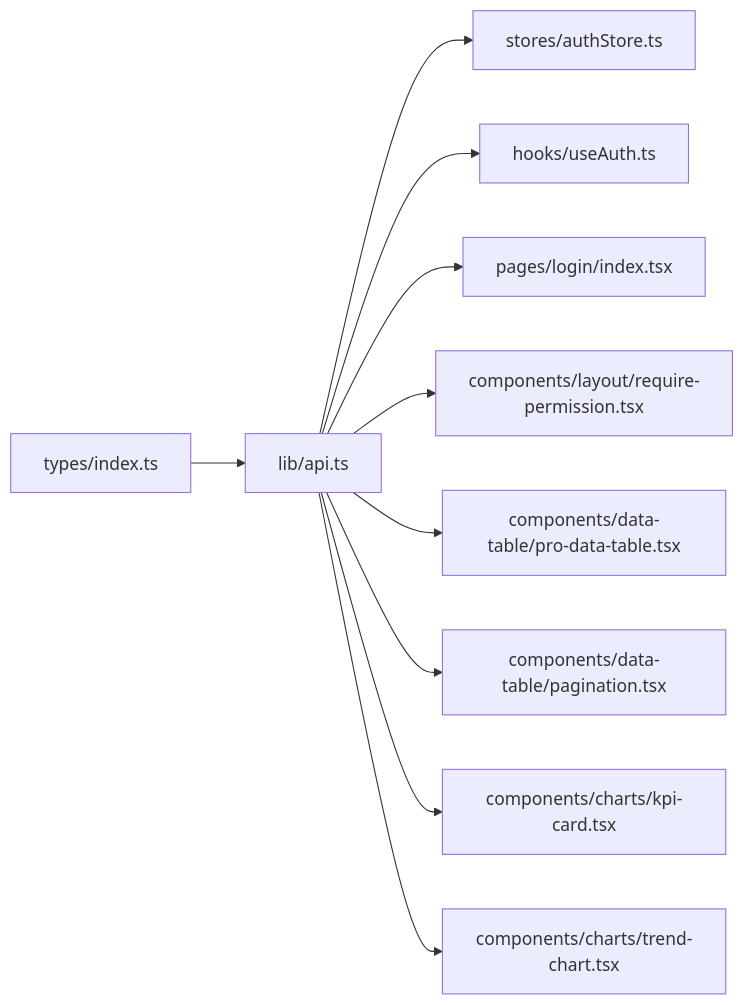
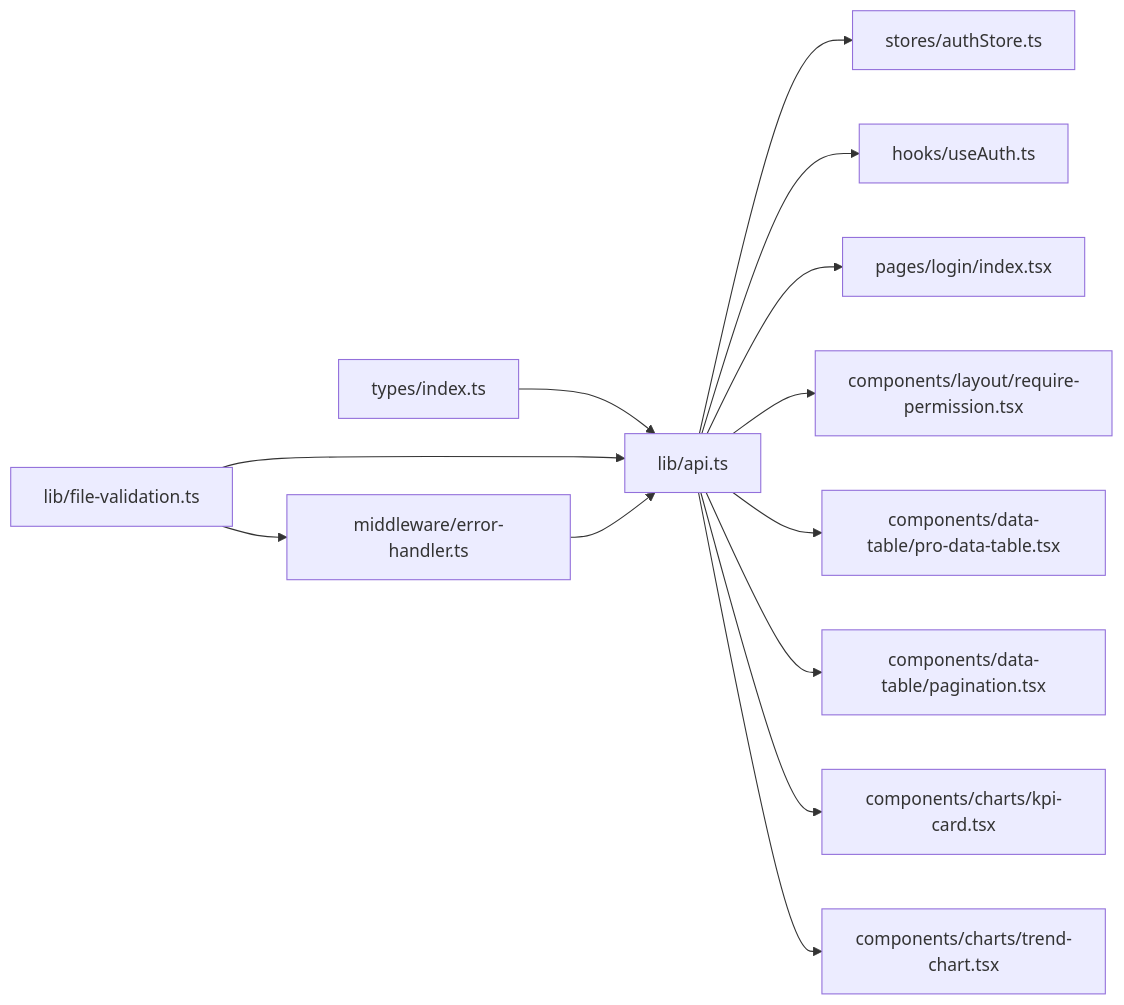
Before and after one commit to Damao997/newproject: the seventh of 7 diagrams in .qoder/repowiki/zh/content/API集成层/错误处理机制.md, drawn with Mermaid. The commit also changed other lines of this file and 24 other files, not shown here.

````diff
--- a/.qoder/repowiki/zh/content/API集成层/错误处理机制.md
+++ b/.qoder/repowiki/zh/content/API集成层/错误处理机制.md
@@ -302,12 +411,15 @@
 ```mermaid
 graph LR
 types_index["types/index.ts"] --> api_ts["lib/api.ts"]
 api_ts --> auth_store["stores/authStore.ts"]
 api_ts --> use_auth["hooks/useAuth.ts"]
 api_ts --> login_page["pages/login/index.tsx"]
 api_ts --> require_perm["components/layout/require-permission.tsx"]
 api_ts --> pro_table["components/data-table/pro-data-table.tsx"]
 api_ts --> pagination["components/data-table/pagination.tsx"]
 api_ts --> kpi_card["components/charts/kpi-card.tsx"]
 api_ts --> trend_chart["components/charts/trend-chart.tsx"]
+file_validation["lib/file-validation.ts"] --> api_ts
+error_handler["middleware/error-handler.ts"] --> api_ts
+file_validation --> error_handler
 ```
````
